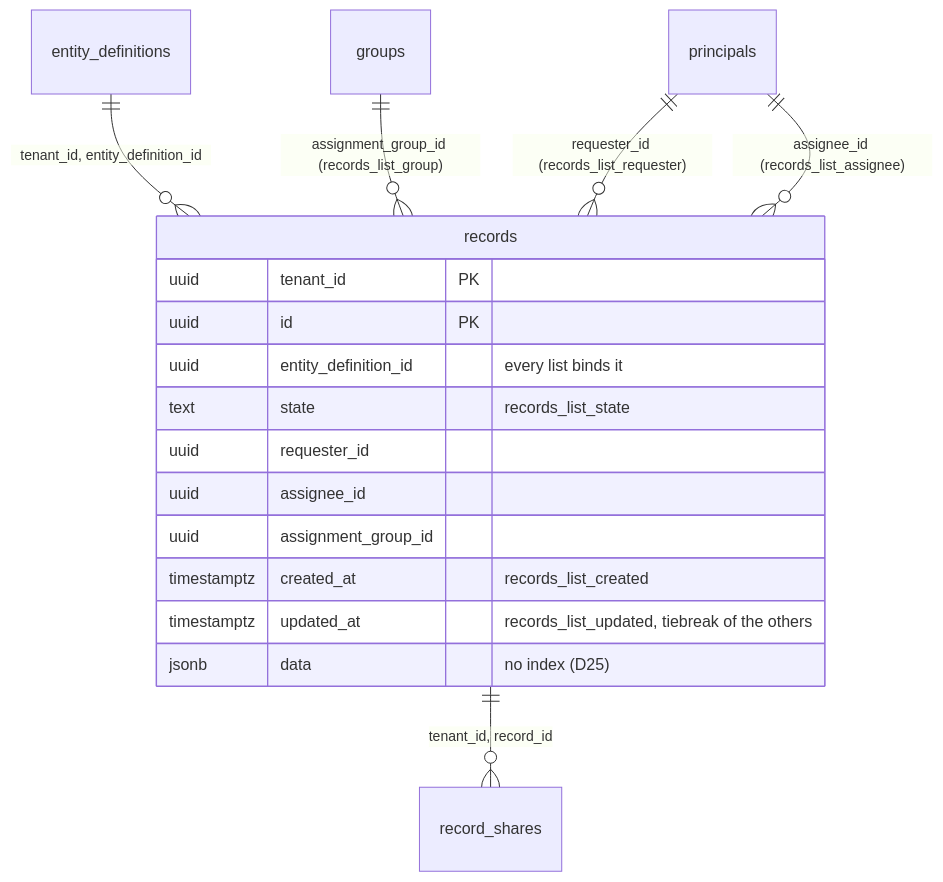
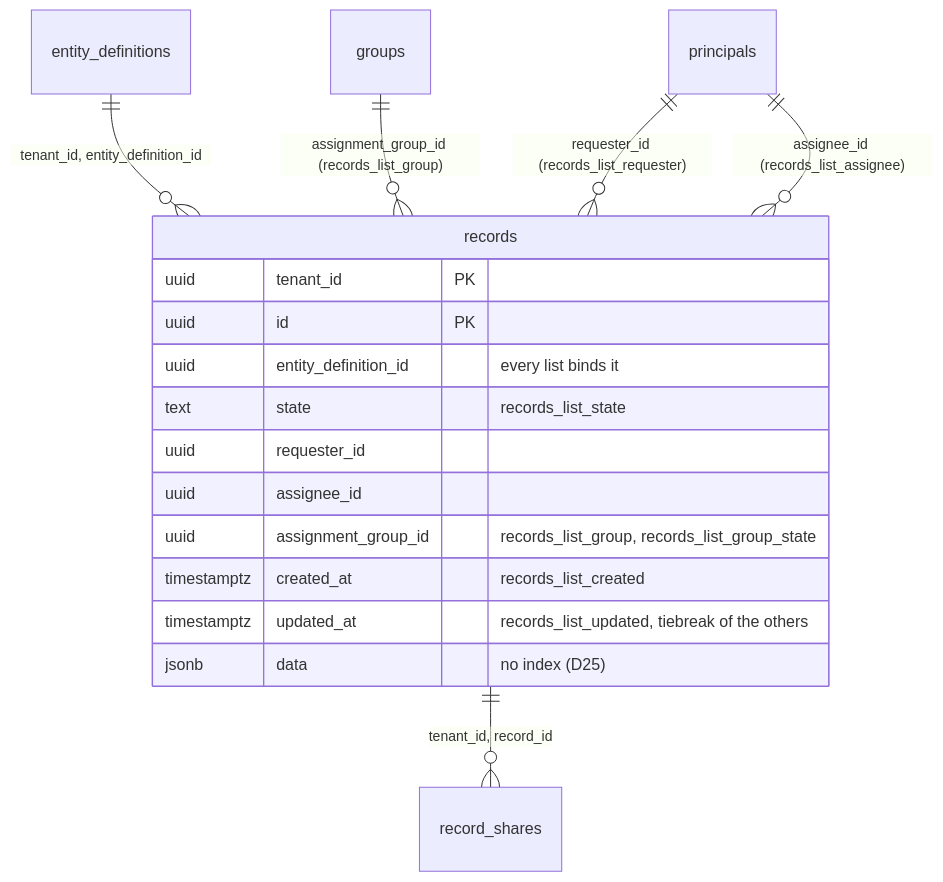
Before and after one commit to Navaladi2019/TicketingSystem: the first of 2 diagrams in docs/data/records-list-indexes.md, drawn with Mermaid. The commit also changed other lines of this file and 9 other files, not shown here.

First line of the commit message:
TICK-656: records_list_group_state, state as an Index Cond on the group path (P3-36d)

````diff
--- a/docs/data/records-list-indexes.md
+++ b/docs/data/records-list-indexes.md
@@ -45,20 +47,20 @@
 ```mermaid
 erDiagram
     entity_definitions ||--o{ records : "tenant_id, entity_definition_id"
     groups ||--o{ records : "assignment_group_id (records_list_group)"
     principals ||--o{ records : "requester_id (records_list_requester)"
     principals ||--o{ records : "assignee_id (records_list_assignee)"
     records ||--o{ record_shares : "tenant_id, record_id"
     records {
         uuid tenant_id PK
         uuid id PK
         uuid entity_definition_id "every list binds it"
         text state "records_list_state"
         uuid requester_id
         uuid assignee_id
-        uuid assignment_group_id
+        uuid assignment_group_id "records_list_group, records_list_group_state"
         timestamptz created_at "records_list_created"
         timestamptz updated_at "records_list_updated, tiebreak of the others"
         jsonb data "no index (D25)"
     }
 ```
````
